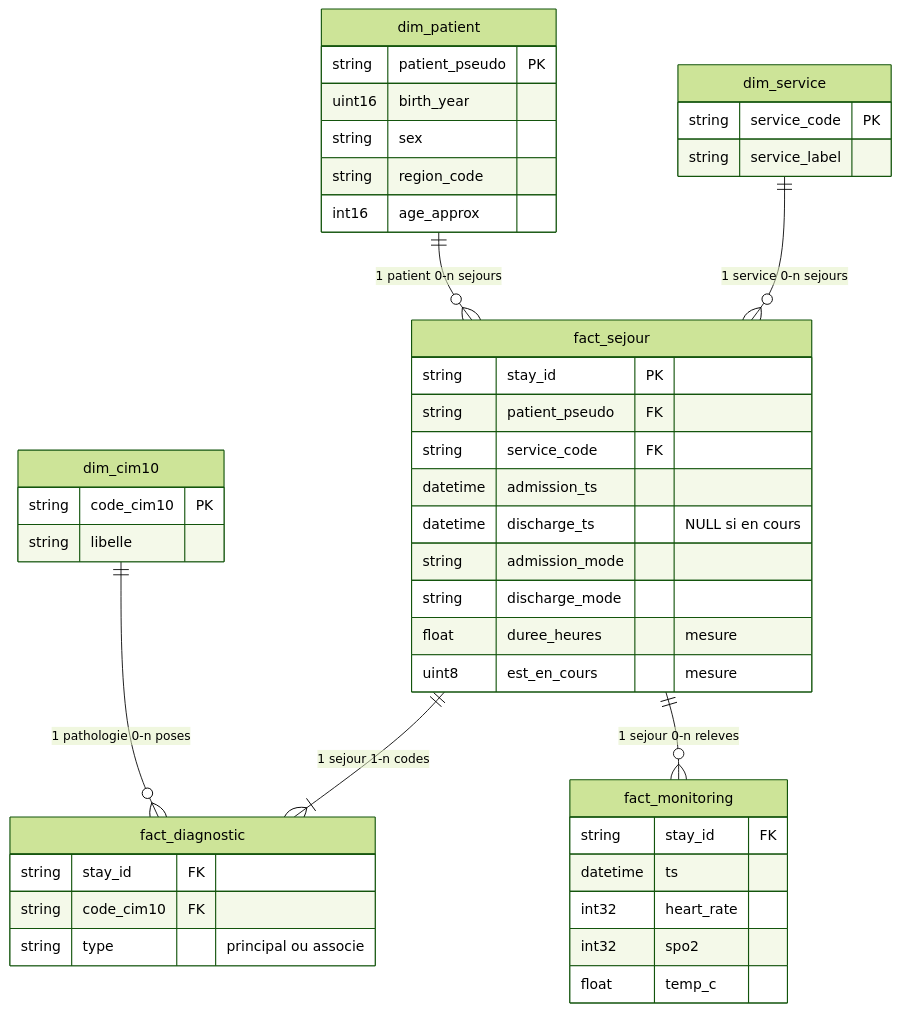
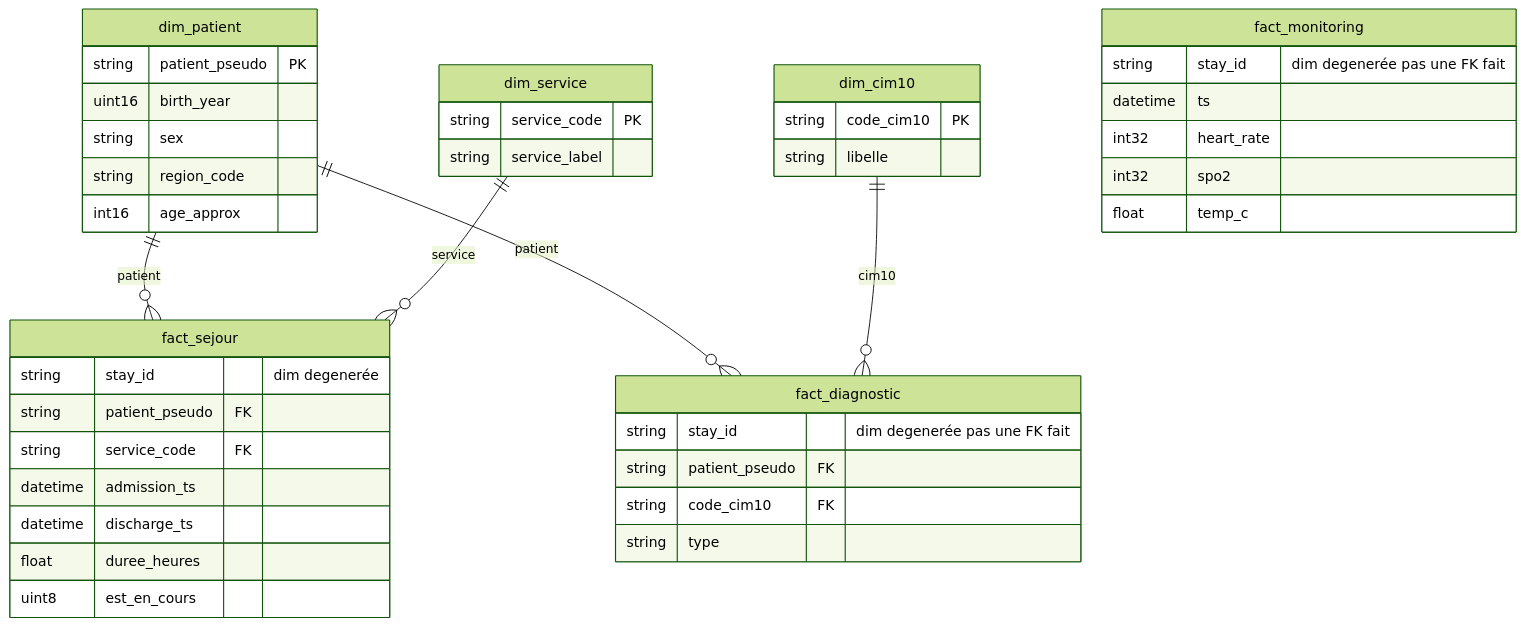
The diagram in docs/modele-silver.md (theo-code33/big-data-chu), drawn with Mermaid (forest theme) before and after one commit. The commit also changed other lines of this file and 4 other files, not shown here.

````diff
--- a/docs/modele-silver.md
+++ b/docs/modele-silver.md
@@ -21,47 +23,45 @@
 ```mermaid
 erDiagram
     dim_patient {
         string patient_pseudo PK
         uint16 birth_year
         string sex
         string region_code
         int16 age_approx
     }
     dim_service {
         string service_code PK
         string service_label
     }
     dim_cim10 {
         string code_cim10 PK
         string libelle
     }
     fact_sejour {
-        string stay_id PK
+        string stay_id "dim degenerée"
         string patient_pseudo FK
         string service_code FK
         datetime admission_ts
-        datetime discharge_ts "NULL si en cours"
-        string admission_mode
-        string discharge_mode
-        float duree_heures "mesure"
-        uint8 est_en_cours "mesure"
+        datetime discharge_ts
+        float duree_heures
+        uint8 est_en_cours
     }
     fact_diagnostic {
-        string stay_id FK
+        string stay_id "dim degenerée pas une FK fait"
+        string patient_pseudo FK
         string code_cim10 FK
-        string type "principal ou associe"
+        string type
     }
     fact_monitoring {
-        string stay_id FK
+        string stay_id "dim degenerée pas une FK fait"
         datetime ts
         int32 heart_rate
         int32 spo2
         float temp_c
     }
 
-    dim_patient ||--o{ fact_sejour : "1 patient 0-n sejours"
-    dim_service ||--o{ fact_sejour : "1 service 0-n sejours"
-    fact_sejour ||--|{ fact_diagnostic : "1 sejour 1-n codes"
-    dim_cim10 ||--o{ fact_diagnostic : "1 pathologie 0-n poses"
-    fact_sejour ||--o{ fact_monitoring : "1 sejour 0-n releves"
+    dim_patient ||--o{ fact_sejour : patient
+    dim_service ||--o{ fact_sejour : service
+    dim_patient ||--o{ fact_diagnostic : patient
+    dim_cim10 ||--o{ fact_diagnostic : cim10
 ```
````
